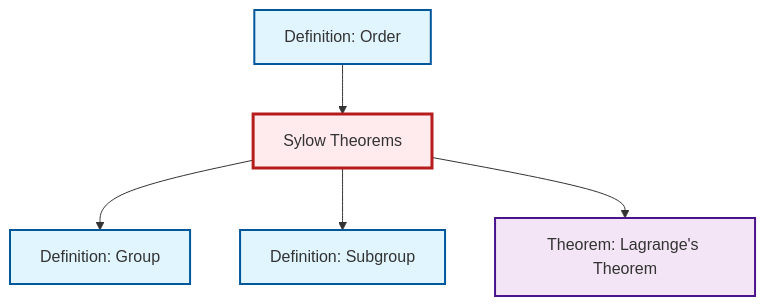
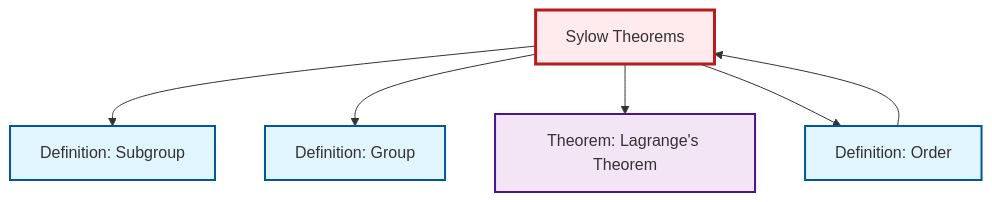
One commit to RK0429/ModernMath changed the diagram in content/ja/algebra/thm-sylow.qmd. Above: the diagram before and after it, drawn with Mermaid. The commit also changed 581 other files, not shown here.

````diff
--- a/content/ja/algebra/thm-sylow.qmd
+++ b/content/ja/algebra/thm-sylow.qmd
@@ -86,23 +86,24 @@
 ```{mermaid}
 %%| fig-cap: "Local dependency graph"
 graph TD
     classDef definition fill:#e1f5fe,stroke:#01579b,stroke-width:2px
     classDef theorem fill:#f3e5f5,stroke:#4a148c,stroke-width:2px
     classDef axiom fill:#fff3e0,stroke:#e65100,stroke-width:2px
     classDef example fill:#e8f5e9,stroke:#1b5e20,stroke-width:2px
     classDef current fill:#ffebee,stroke:#b71c1c,stroke-width:3px
+    def-subgroup["Definition: Subgroup"]:::definition
+    thm-sylow["Sylow Theorems"]:::theorem
+    def-order["Definition: Order"]:::definition
+    thm-lagrange["Theorem: Lagrange's Theorem"]:::theorem
     def-group["Definition: Group"]:::definition
-    thm-sylow["Sylow Theorems"]:::theorem
-    thm-lagrange["Theorem: Lagrange's Theorem"]:::theorem
-    def-subgroup["Definition: Subgroup"]:::definition
-    def-order["Definition: Order"]:::definition
-    thm-sylow --> def-group
     thm-sylow --> def-subgroup
     def-order --> thm-sylow
+    thm-sylow --> def-group
     thm-sylow --> thm-lagrange
+    thm-sylow --> def-order
     class thm-sylow current
-    click def-group "def-group.html" "Definition: Groupへ"
-    click thm-lagrange "thm-lagrange.html" "Theorem: Lagrange's Theoremへ"
     click def-subgroup "def-subgroup.html" "Definition: Subgroupへ"
     click def-order "def-order.html" "Definition: Orderへ"
+    click thm-lagrange "thm-lagrange.html" "Theorem: Lagrange's Theoremへ"
+    click def-group "def-group.html" "Definition: Groupへ"
 ```
````
